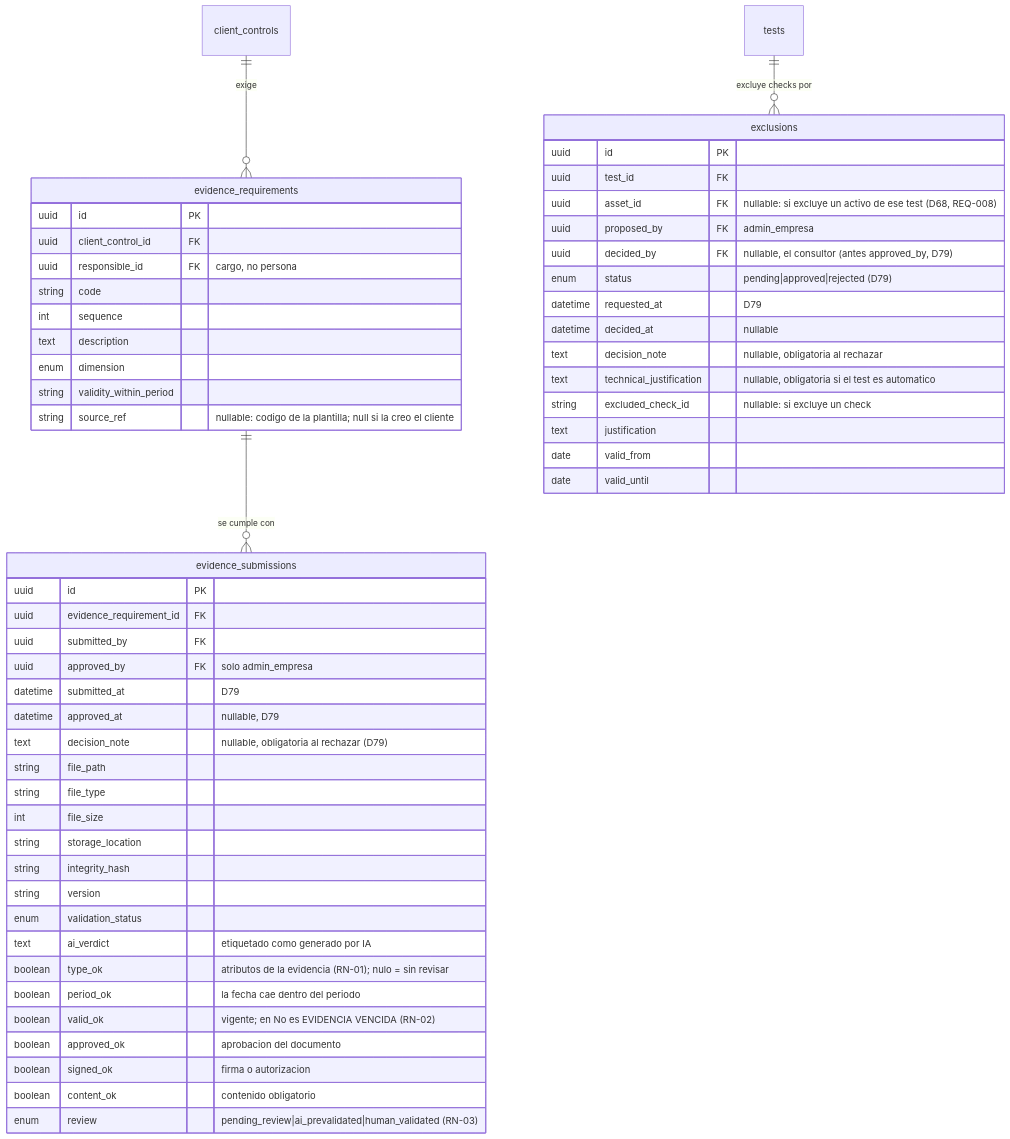
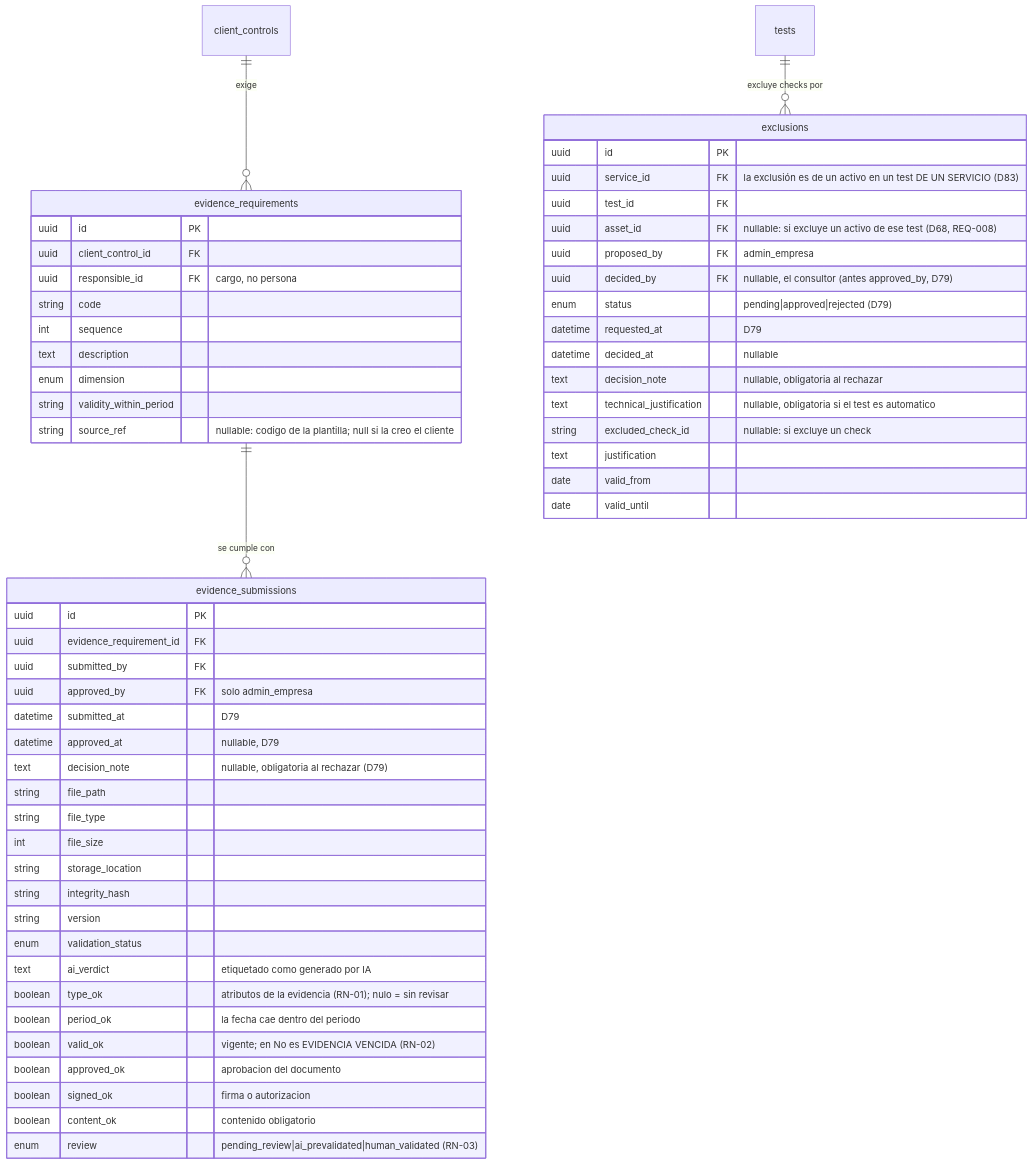
Before and after one commit to Monkey-GRC/Monkey-Brain-IA: the third of 6 diagrams in skills/product/monkey-compliance-council/references/datos/modelo/07-cumplimiento.md, drawn with Mermaid. The commit also changed 14 other files, not shown here.

````diff
--- a/skills/product/monkey-compliance-council/references/datos/modelo/07-cumplimiento.md
+++ b/skills/product/monkey-compliance-council/references/datos/modelo/07-cumplimiento.md
@@ -230,57 +230,58 @@
 ```mermaid
 erDiagram
     evidence_requirements {
         uuid id PK
         uuid client_control_id FK
         uuid responsible_id FK "cargo, no persona"
         string code
         int sequence
         text description
         enum dimension
         string validity_within_period
         string source_ref "nullable: codigo de la plantilla; null si la creo el cliente"
     }
     evidence_submissions {
         uuid id PK
         uuid evidence_requirement_id FK
         uuid submitted_by FK
         uuid approved_by FK "solo admin_empresa"
         datetime submitted_at "D79"
         datetime approved_at "nullable, D79"
         text decision_note "nullable, obligatoria al rechazar (D79)"
         string file_path
         string file_type
         int file_size
         string storage_location
         string integrity_hash
         string version
         enum validation_status
         text ai_verdict "etiquetado como generado por IA"
         boolean type_ok "atributos de la evidencia (RN-01); nulo = sin revisar"
         boolean period_ok "la fecha cae dentro del periodo"
         boolean valid_ok "vigente; en No es EVIDENCIA VENCIDA (RN-02)"
         boolean approved_ok "aprobacion del documento"
         boolean signed_ok "firma o autorizacion"
         boolean content_ok "contenido obligatorio"
         enum review "pending_review|ai_prevalidated|human_validated (RN-03)"
     }
     exclusions {
         uuid id PK
+        uuid service_id FK "la exclusión es de un activo en un test DE UN SERVICIO (D83)"
         uuid test_id FK
         uuid asset_id FK "nullable: si excluye un activo de ese test (D68, REQ-008)"
         uuid proposed_by FK "admin_empresa"
         uuid decided_by FK "nullable, el consultor (antes approved_by, D79)"
         enum status "pending|approved|rejected (D79)"
         datetime requested_at "D79"
         datetime decided_at "nullable"
         text decision_note "nullable, obligatoria al rechazar"
         text technical_justification "nullable, obligatoria si el test es automatico"
         string excluded_check_id "nullable: si excluye un check"
         text justification
         date valid_from
         date valid_until
     }
     client_controls ||--o{ evidence_requirements : "exige"
     evidence_requirements ||--o{ evidence_submissions : "se cumple con"
     tests ||--o{ exclusions : "excluye checks por"
 ```
````
